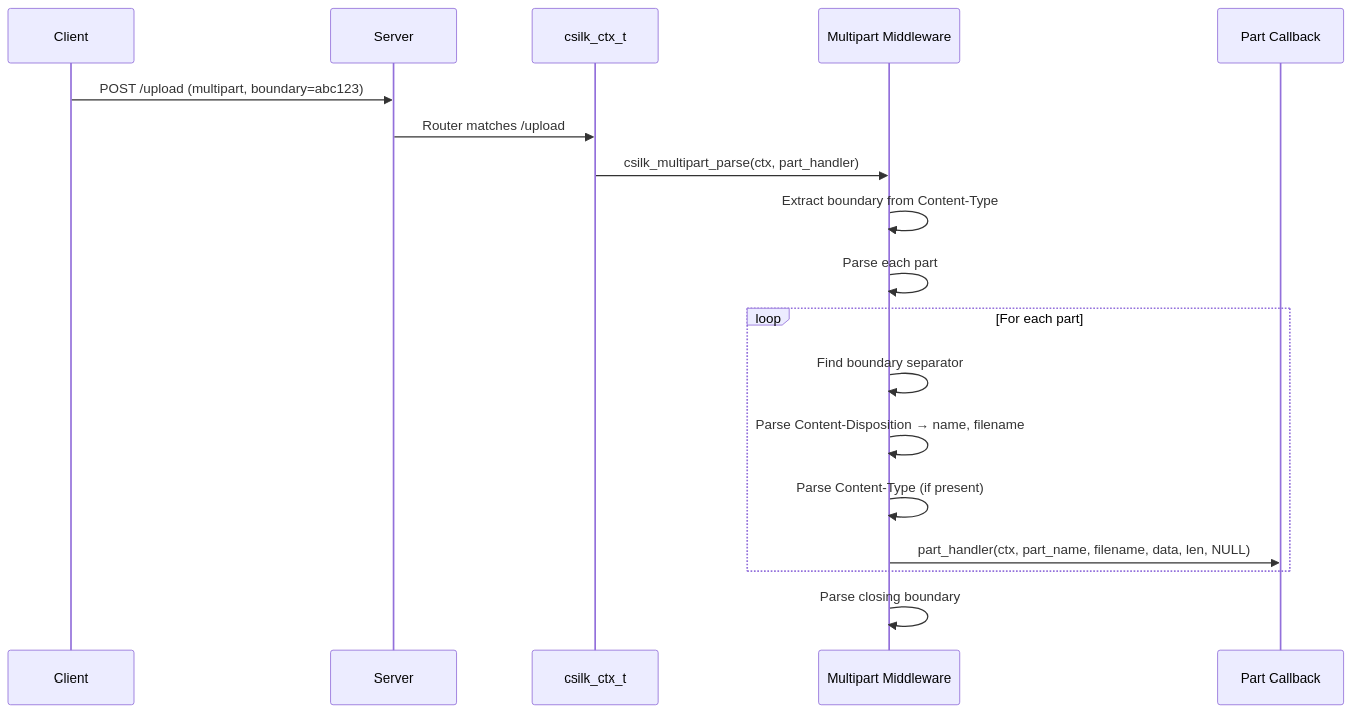
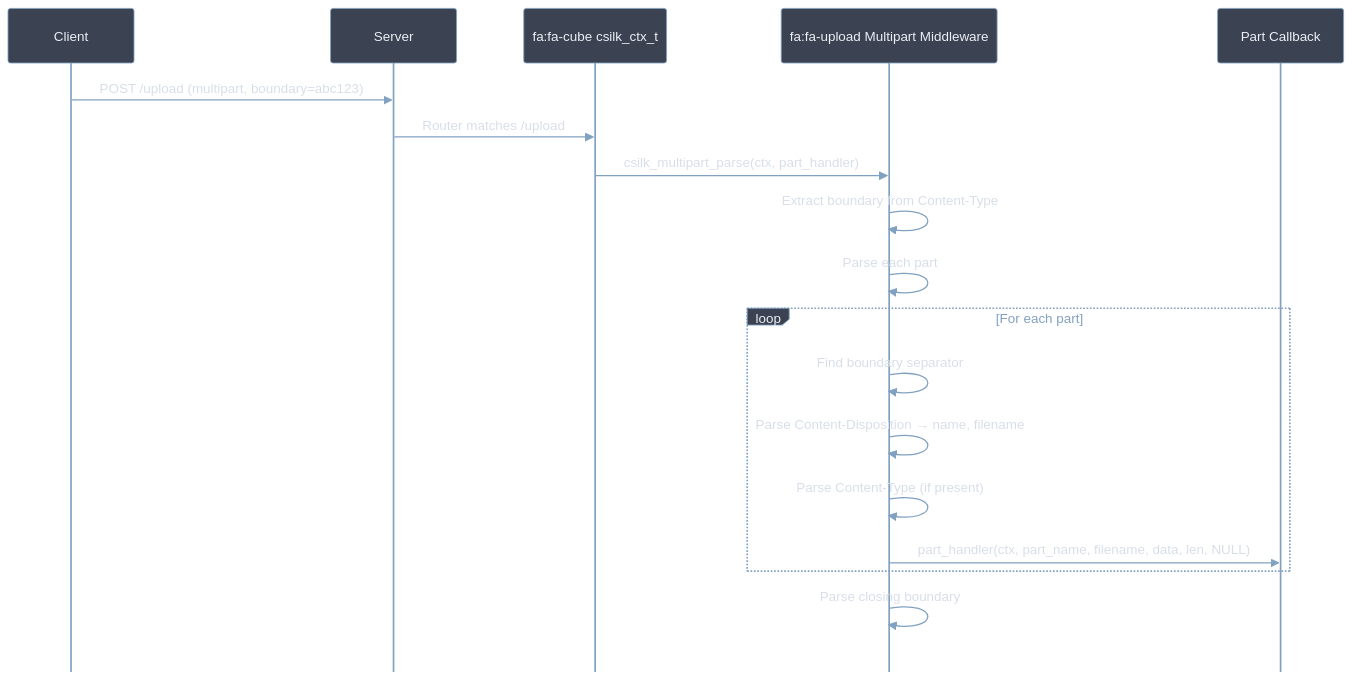
The fifth of 8 diagrams in docs/user-manual/advanced-usage.md (quintin-lee/csilk), drawn with Mermaid before and after one commit. The commit also changed other lines of this file and 30 other files, not shown here.

Commit message:
docs(docs): 📝 apply Nord Mermaid theme, RFC 2119 keywords, and quantified metrics to all docs

````diff
--- a/docs/user-manual/advanced-usage.md
+++ b/docs/user-manual/advanced-usage.md
@@ -140,24 +146,25 @@
 ```mermaid
+%%{init: {'theme': 'base', 'themeVariables': {'background': '#2E3440','primaryColor':'#81A1C1','primaryBorderColor':'#4C566A','primaryTextColor':'#ECEFF4','secondaryColor':'#3B4252','secondaryBorderColor':'#434C5E','secondaryTextColor':'#D8DEE9','lineColor':'#81A1C1','textColor':'#ECEFF4','mainBkg':'#3B4252','nodeBorder':'#4C566A','clusterBkg':'#2E3440','clusterBorder':'#4C566A','titleColor':'#ECEFF4','edgeLabelBackground':'#3B4252','nodeTextColor':'#ECEFF4','actorBorder':'#81A1C1','actorBkg':'#3B4252','actorTextColor':'#ECEFF4','signalColor':'#81A1C1','signalTextColor':'#D8DEE9','noteBkgColor':'#434C5E','noteTextColor':'#D8DEE9','loopTextColor':'#81A1C1','sequenceNumberColor':'#ECEFF4'}, 'sequence': {'actorFontSize': 14, 'noteFontSize': 12, 'messageFontSize': 12, 'mirrorActors': false}}}%%
 sequenceDiagram
     participant Client
     participant Server
-    participant CTX as csilk_ctx_t
-    participant MP as Multipart Middleware
+    participant CTX as fa:fa-cube csilk_ctx_t
+    participant MP as fa:fa-upload Multipart Middleware
     participant Handler as Part Callback
 
     Client->>Server: POST /upload (multipart, boundary=abc123)
 
     Server->>CTX: Router matches /upload
     CTX->>MP: csilk_multipart_parse(ctx, part_handler)
     MP->>MP: Extract boundary from Content-Type
     MP->>MP: Parse each part
 
     loop For each part
         MP->>MP: Find boundary separator
         MP->>MP: Parse Content-Disposition → name, filename
         MP->>MP: Parse Content-Type (if present)
         MP->>Handler: part_handler(ctx, part_name, filename, data, len, NULL)
     end
 
     MP->>MP: Parse closing boundary
 ```
````
